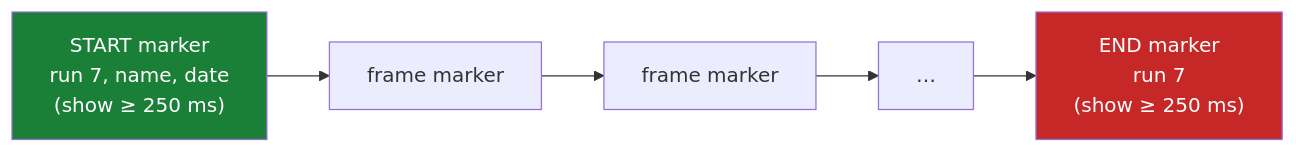
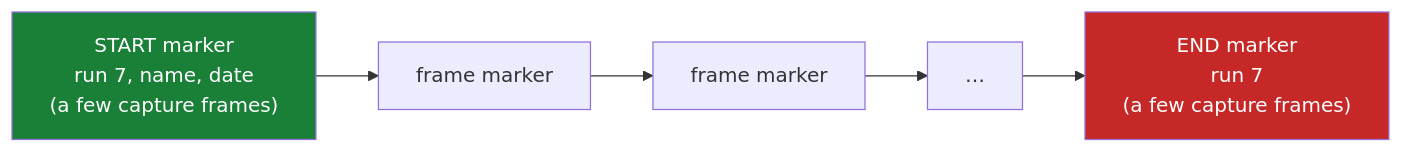
Before and after one commit to Unarmed1000/mb-framepacing: the third of 4 diagrams in README.md, drawn with Mermaid. The commit also changed other lines of this file and 5 other files, not shown here.

First line of the commit message:
Marker spec: one captured frame of a start/end marker is enough

````diff
--- a/README.md
+++ b/README.md
@@ -154,6 +154,6 @@
 ```mermaid
 flowchart LR
-    S["START marker<br/>run 7, name, date<br/>(show ≥ 250 ms)"] --> F1[frame marker] --> F2[frame marker] --> F3[" … "] --> E["END marker<br/>run 7<br/>(show ≥ 250 ms)"]
+    S["START marker<br/>run 7, name, date<br/>(a few capture frames)"] --> F1[frame marker] --> F2[frame marker] --> F3[" … "] --> E["END marker<br/>run 7<br/>(a few capture frames)"]
     style S fill:#1a7f37,color:#fff
     style E fill:#c62828,color:#fff
 ```
````
